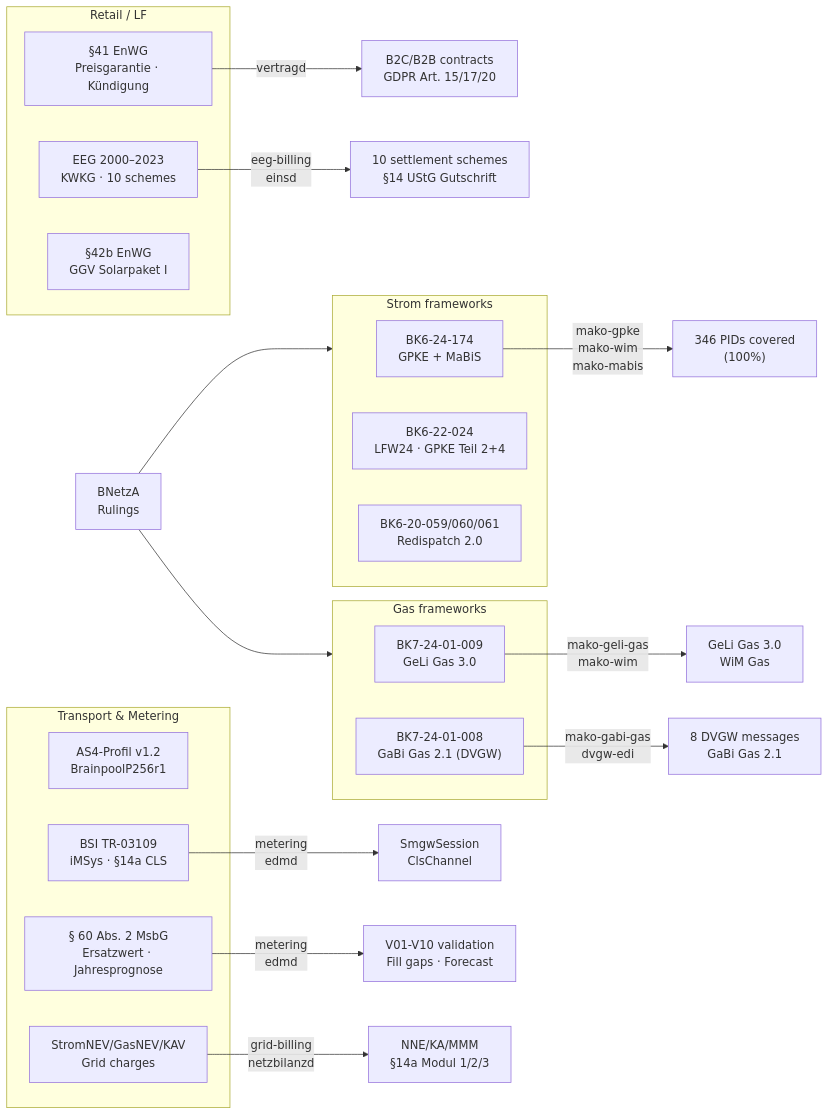
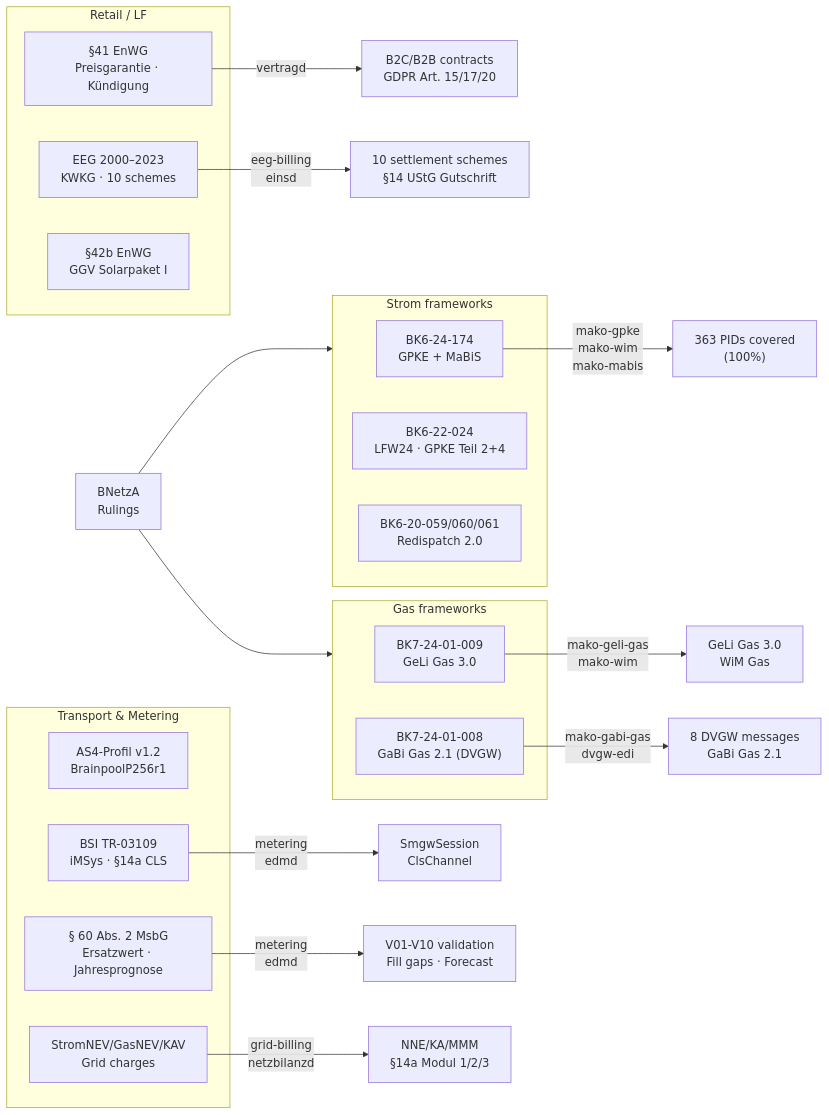
Before and after one commit to hupe1980/mako: the diagram in site/content/docs/regulatory/_index.md, drawn with Mermaid. The commit also changed other lines of this file and 306 other files, not shown here.

````diff
--- a/site/content/docs/regulatory/_index.md
+++ b/site/content/docs/regulatory/_index.md
@@ -28,40 +28,40 @@
 ```mermaid
 graph LR
     BNetzA["BNetzA<br/>Rulings"]
 
     subgraph strom ["Strom frameworks"]
         BK6_24["BK6-24-174<br/>GPKE + MaBiS"]
         BK6_22["BK6-22-024<br/>LFW24 · GPKE Teil 2+4"]
         BK6_20["BK6-20-059/060/061<br/>Redispatch 2.0"]
     end
 
     subgraph gas ["Gas frameworks"]
         BK7_24["BK7-24-01-009<br/>GeLi Gas 3.0"]
         BK7_14["BK7-24-01-008<br/>GaBi Gas 2.1 (DVGW)"]
     end
 
     subgraph retail ["Retail / LF"]
         ENW41["§41 EnWG<br/>Preisgarantie · Kündigung"]
         EEG["EEG 2000–2023<br/>KWKG · 10 schemes"]
         SOLA["§42b EnWG<br/>GGV Solarpaket I"]
     end
 
     subgraph transport ["Transport & Metering"]
         AS4["AS4-Profil v1.2<br/>BrainpoolP256r1"]
         BSI["BSI TR-03109<br/>iMSys · §14a CLS"]
         MsbG["§ 60 Abs. 2 MsbG<br/>Ersatzwert · Jahresprognose"]
         NNNEV["StromNEV/GasNEV/KAV<br/>Grid charges"]
     end
 
     BNetzA --> strom
     BNetzA --> gas
 
-    BK6_24 -->|"mako-gpke<br/>mako-wim<br/>mako-mabis"| GPKE_impl["346 PIDs covered<br/>(100%)"]
+    BK6_24 -->|"mako-gpke<br/>mako-wim<br/>mako-mabis"| GPKE_impl["363 PIDs covered<br/>(100%)"]
     BK7_24 -->|"mako-geli-gas<br/>mako-wim"| GAS_impl["GeLi Gas 3.0<br/>WiM Gas"]
     BK7_14 -->|"mako-gabi-gas<br/>dvgw-edi"| DVGW_impl["8 DVGW messages<br/>GaBi Gas 2.1"]
     ENW41 -->|"vertragd"| LF_impl["B2C/B2B contracts<br/>GDPR Art. 15/17/20"]
     EEG -->|"eeg-billing<br/>einsd"| EEG_impl["10 settlement schemes<br/>§14 UStG Gutschrift"]
     BSI -->|"metering<br/>edmd"| IOT_impl["SmgwSession<br/>ClsChannel"]
     MsbG -->|"metering<br/>edmd"| SUB_impl["V01-V10 validation<br/>Fill gaps · Forecast"]
     NNNEV -->|"grid-billing<br/>netzbilanzd"| NNE_impl["NNE/KA/MMM<br/>§14a Modul 1/2/3"]
 ```
````
